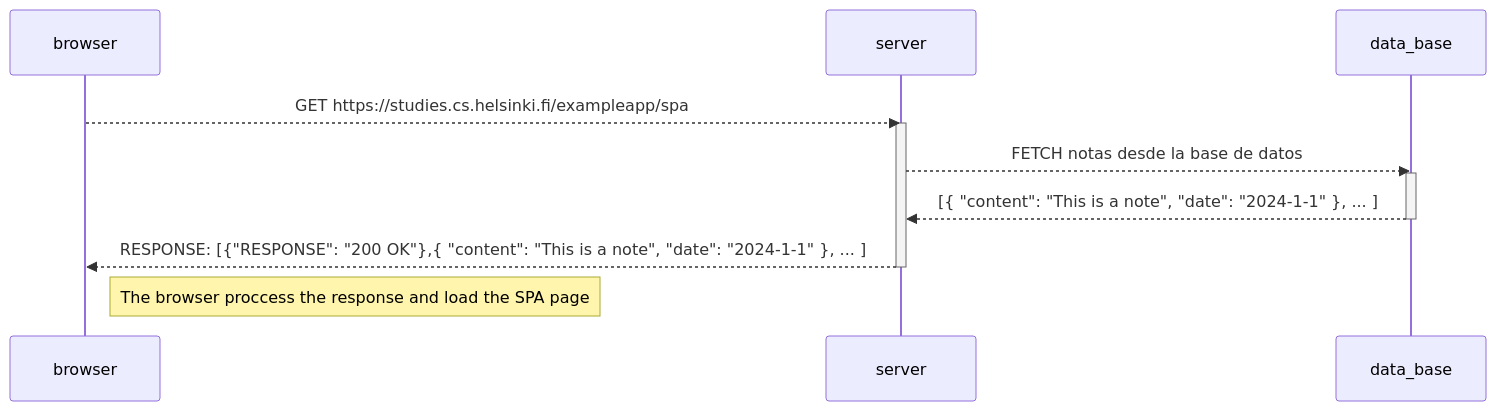
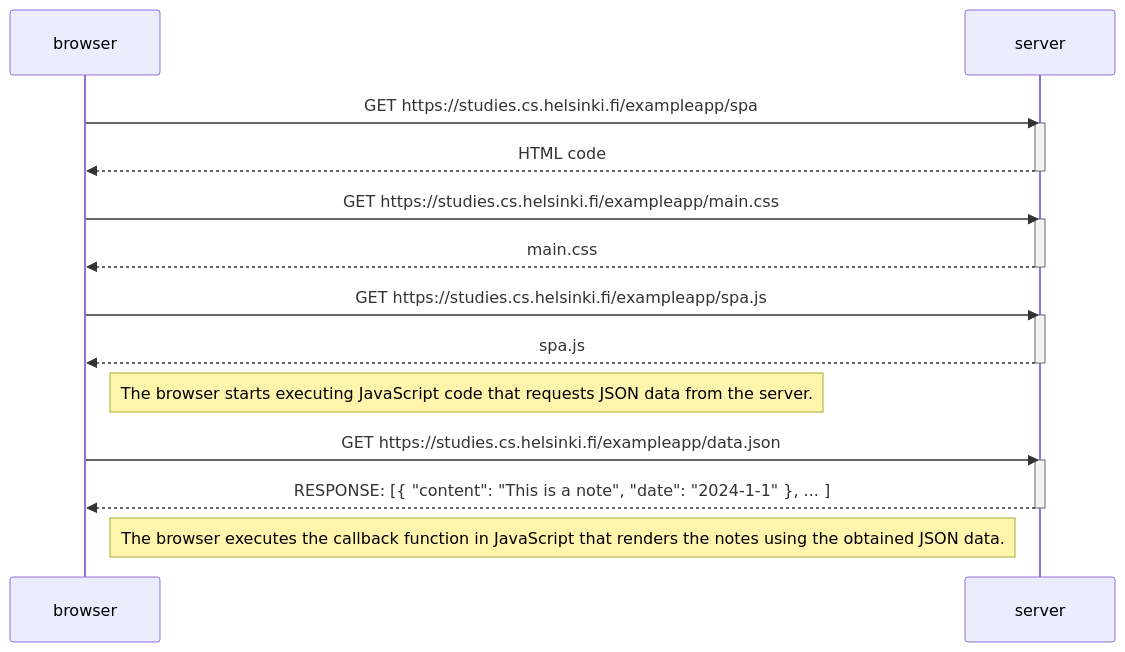
One commit to LucasAraujo639/fullstackopen.com changed the diagram in part 0/0.5-diagram.md. Above: the diagram before and after it, drawn with Mermaid. The commit also changed 2 other files, not shown here.

Commit message:
Se arreglo parte 0

````diff
--- a/part 0/0.5-diagram.md
+++ b/part 0/0.5-diagram.md
@@ -1,17 +1,29 @@
 ``` mermaid
     sequenceDiagram
-        participant browser
-        participant server
-        participant data_base
-        
-        browser-->>server: GET https://studies.cs.helsinki.fi/exampleapp/spa
-        activate server
-        server-->>data_base: FETCH notas desde la base de datos
-        activate data_base
-        data_base-->>server: [{ "content": "This is a note", "date": "2024-1-1" }, ... ]
-        deactivate data_base
-        server-->>browser: RESPONSE: [{"RESPONSE": "200 OK"},{ "content": "This is a note", "date": "2024-1-1" }, ... ]
-        deactivate server
+    participant browser
+    participant server
+   
+    browser->>server: GET  https://studies.cs.helsinki.fi/exampleapp/spa
+    activate server
+    server-->>browser: HTML code
+    deactivate server
+    
+    browser->>server: GET https://studies.cs.helsinki.fi/exampleapp/main.css
+    activate server
+    server-->>browser: main.css
+    deactivate server
+    
+    browser->>server: GET https://studies.cs.helsinki.fi/exampleapp/spa.js
+    activate server
+    server-->>browser: spa.js
+    deactivate server
+    
+    Note right of browser: The browser starts executing JavaScript code that requests JSON data from the server.
+     
+    browser->>server: GET https://studies.cs.helsinki.fi/exampleapp/data.json
+    activate server
+    server-->>browser: RESPONSE: [{ "content": "This is a note", "date": "2024-1-1" }, ... ]
+    deactivate server
 
-        Note right of browser: The browser proccess the response and load the SPA page
+    Note right of browser: The browser executes the callback function in JavaScript that renders the notes using the obtained JSON data.
 ```   
````
